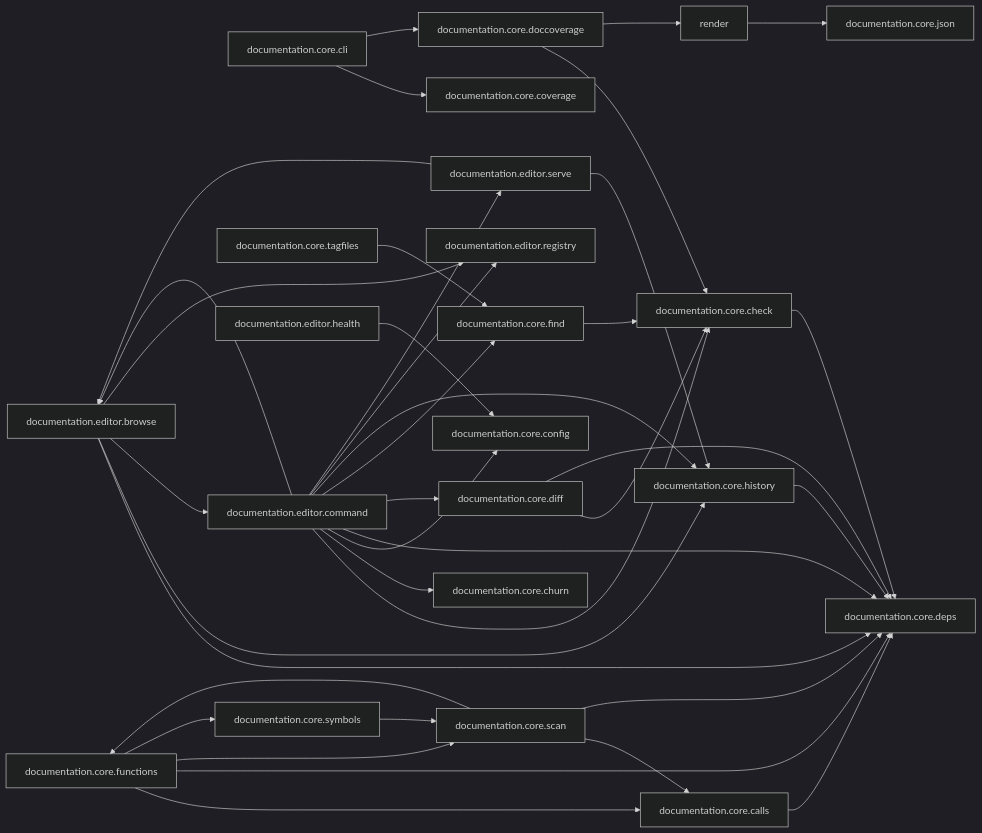
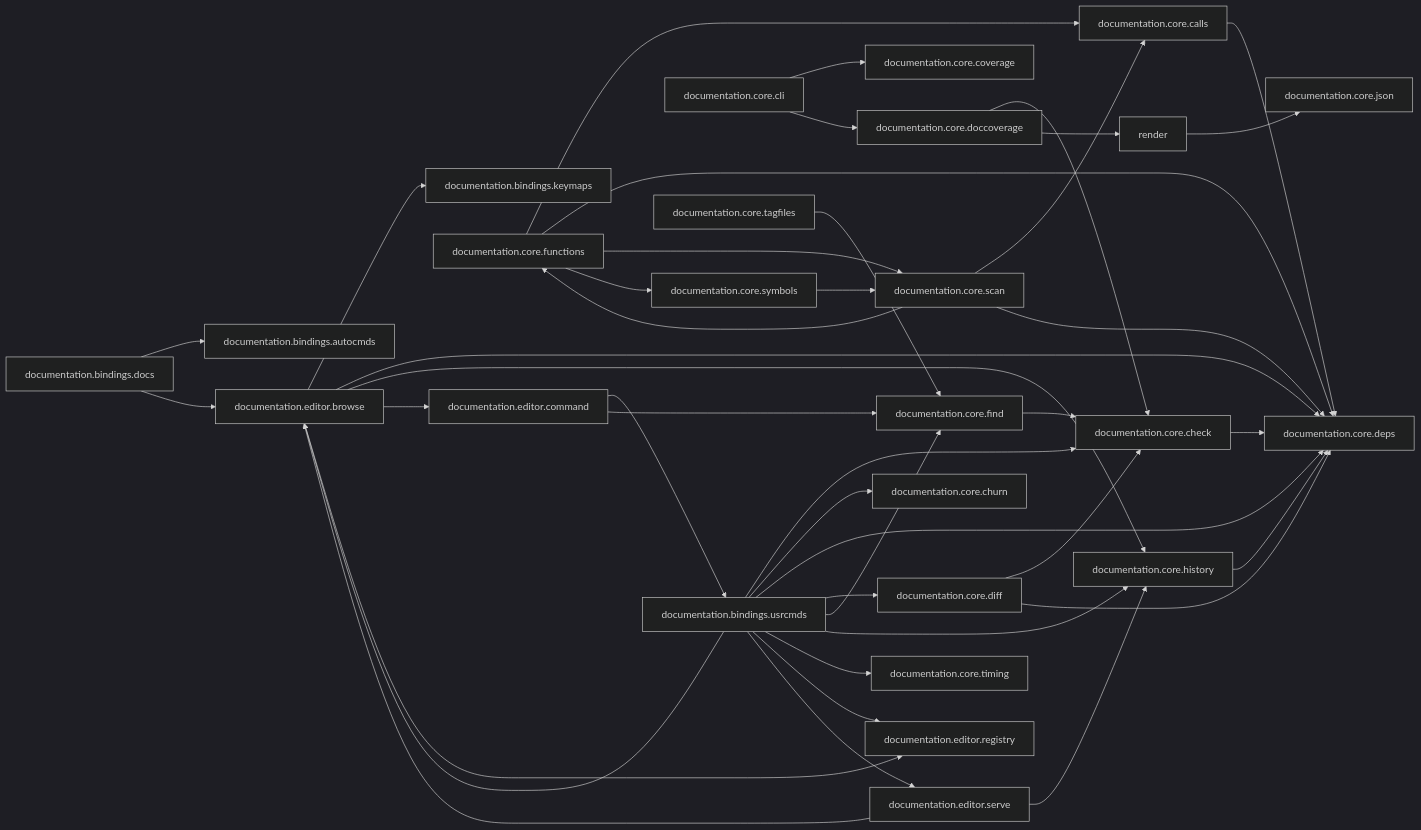
The second of 2 diagrams in docs/map/overview.md (StefanBartl/documentation.nvim), drawn with Mermaid (dark theme) before and after one commit. The commit also changed other lines of this file and 67 other files, not shown here.

````diff
--- a/docs/map/overview.md
+++ b/docs/map/overview.md
@@ -34,62 +40,69 @@
 ```mermaid
 flowchart LR
+  nlua_documentation_bindings_autocmds_lua["documentation.bindings.autocmds"]
+  nlua_documentation_bindings_docs_lua["documentation.bindings.docs"]
+  nlua_documentation_bindings_keymaps_lua["documentation.bindings.keymaps"]
+  nlua_documentation_bindings_usrcmds["documentation.bindings.usrcmds"]
   nlua_documentation_core_calls_lua["documentation.core.calls"]
   nlua_documentation_core_check_lua["documentation.core.check"]
   nlua_documentation_core_churn_lua["documentation.core.churn"]
   nlua_documentation_core_cli_lua["documentation.core.cli"]
-  nlua_documentation_core_config_lua["documentation.core.config"]
   nlua_documentation_core_coverage_lua["documentation.core.coverage"]
   nlua_documentation_core_deps_lua["documentation.core.deps"]
   nlua_documentation_core_diff_lua["documentation.core.diff"]
   nlua_documentation_core_doccoverage_lua["documentation.core.doccoverage"]
   nlua_documentation_core_find_lua["documentation.core.find"]
   nlua_documentation_core_functions_lua["documentation.core.functions"]
   nlua_documentation_core_history_lua["documentation.core.history"]
   nlua_documentation_core_json_lua["documentation.core.json"]
   nlua_documentation_core_render["render"]
   nlua_documentation_core_scan_lua["documentation.core.scan"]
   nlua_documentation_core_symbols_lua["documentation.core.symbols"]
   nlua_documentation_core_tagfiles_lua["documentation.core.tagfiles"]
+  nlua_documentation_core_timing_lua["documentation.core.timing"]
   nlua_documentation_editor_browse["documentation.editor.browse"]
   nlua_documentation_editor_command_lua["documentation.editor.command"]
-  nlua_documentation_editor_health_lua["documentation.editor.health"]
   nlua_documentation_editor_registry_lua["documentation.editor.registry"]
   nlua_documentation_editor_serve_lua["documentation.editor.serve"]
+  nlua_documentation_bindings_docs_lua --> nlua_documentation_bindings_autocmds_lua
+  nlua_documentation_bindings_docs_lua --> nlua_documentation_editor_browse
+  nlua_documentation_bindings_usrcmds --> nlua_documentation_core_check_lua
+  nlua_documentation_bindings_usrcmds --> nlua_documentation_core_churn_lua
+  nlua_documentation_bindings_usrcmds --> nlua_documentation_core_deps_lua
+  nlua_documentation_bindings_usrcmds --> nlua_documentation_core_diff_lua
+  nlua_documentation_bindings_usrcmds --> nlua_documentation_core_find_lua
+  nlua_documentation_bindings_usrcmds --> nlua_documentation_core_history_lua
+  nlua_documentation_bindings_usrcmds --> nlua_documentation_core_timing_lua
+  nlua_documentation_bindings_usrcmds --> nlua_documentation_editor_browse
+  nlua_documentation_bindings_usrcmds --> nlua_documentation_editor_registry_lua
+  nlua_documentation_bindings_usrcmds --> nlua_documentation_editor_serve_lua
   nlua_documentation_core_calls_lua --> nlua_documentation_core_deps_lua
   nlua_documentation_core_check_lua --> nlua_documentation_core_deps_lua
   nlua_documentation_core_cli_lua --> nlua_documentation_core_coverage_lua
   nlua_documentation_core_cli_lua --> nlua_documentation_core_doccoverage_lua
   nlua_documentation_core_diff_lua --> nlua_documentation_core_check_lua
   nlua_documentation_core_diff_lua --> nlua_documentation_core_deps_lua
   nlua_documentation_core_doccoverage_lua --> nlua_documentation_core_check_lua
   nlua_documentation_core_doccoverage_lua --> nlua_documentation_core_render
   nlua_documentation_core_find_lua --> nlua_documentation_core_check_lua
   nlua_documentation_core_functions_lua --> nlua_documentation_core_calls_lua
   nlua_documentation_core_functions_lua --> nlua_documentation_core_deps_lua
   nlua_documentation_core_functions_lua --> nlua_documentation_core_scan_lua
   nlua_documentation_core_functions_lua --> nlua_documentation_core_symbols_lua
   nlua_documentation_core_history_lua --> nlua_documentation_core_deps_lua
   nlua_documentation_core_render --> nlua_documentation_core_json_lua
   nlua_documentation_core_scan_lua --> nlua_documentation_core_calls_lua
   nlua_documentation_core_scan_lua --> nlua_documentation_core_deps_lua
   nlua_documentation_core_scan_lua --> nlua_documentation_core_functions_lua
   nlua_documentation_core_symbols_lua --> nlua_documentation_core_scan_lua
   nlua_documentation_core_tagfiles_lua --> nlua_documentation_core_find_lua
+  nlua_documentation_editor_browse --> nlua_documentation_bindings_keymaps_lua
   nlua_documentation_editor_browse --> nlua_documentation_core_deps_lua
   nlua_documentation_editor_browse --> nlua_documentation_core_history_lua
   nlua_documentation_editor_browse --> nlua_documentation_editor_command_lua
   nlua_documentation_editor_browse --> nlua_documentation_editor_registry_lua
-  nlua_documentation_editor_command_lua --> nlua_documentation_core_check_lua
-  nlua_documentation_editor_command_lua --> nlua_documentation_core_churn_lua
-  nlua_documentation_editor_command_lua --> nlua_documentation_core_config_lua
-  nlua_documentation_editor_command_lua --> nlua_documentation_core_deps_lua
-  nlua_documentation_editor_command_lua --> nlua_documentation_core_diff_lua
+  nlua_documentation_editor_command_lua --> nlua_documentation_bindings_usrcmds
   nlua_documentation_editor_command_lua --> nlua_documentation_core_find_lua
-  nlua_documentation_editor_command_lua --> nlua_documentation_core_history_lua
-  nlua_documentation_editor_command_lua --> nlua_documentation_editor_browse
-  nlua_documentation_editor_command_lua --> nlua_documentation_editor_registry_lua
-  nlua_documentation_editor_command_lua --> nlua_documentation_editor_serve_lua
-  nlua_documentation_editor_health_lua --> nlua_documentation_core_config_lua
   nlua_documentation_editor_serve_lua --> nlua_documentation_core_history_lua
   nlua_documentation_editor_serve_lua --> nlua_documentation_editor_browse
 ```
````
